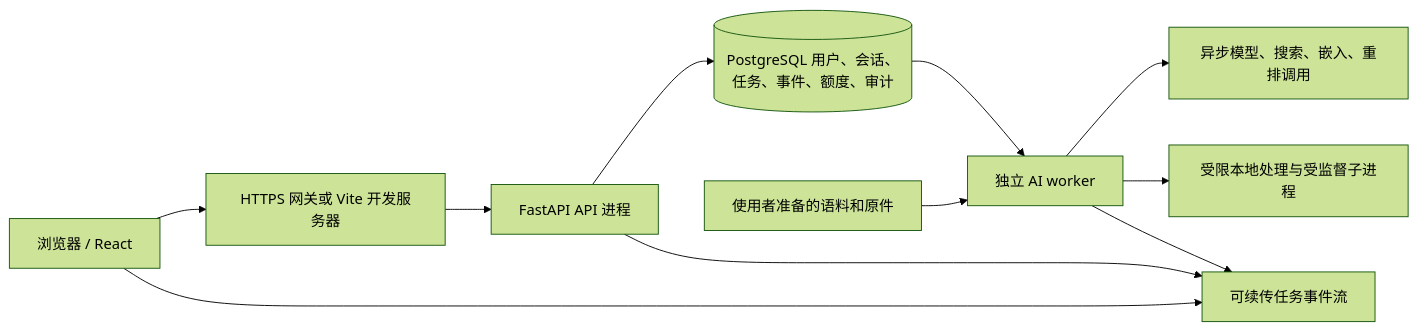
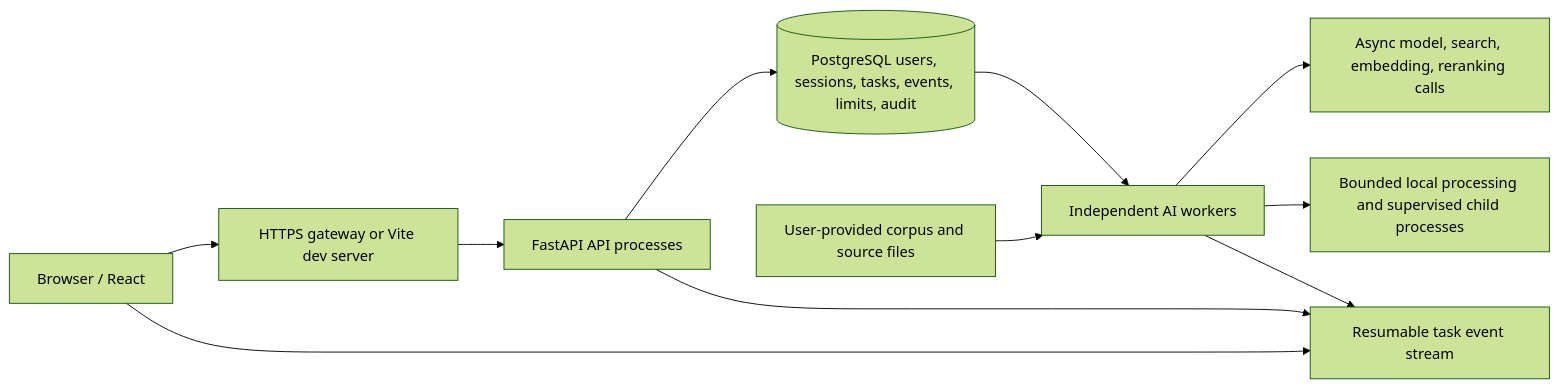
The diagram in docs/architecture.md (L1pp/rag-arch-demo), drawn with Mermaid (forest theme) before and after one commit. The commit also changed other lines of this file and 33 other files, not shown here.

```diff
--- a/docs/architecture.md
+++ b/docs/architecture.md
@@ -7,13 +7,13 @@
 ~~~~mermaid
 flowchart LR
-    U[浏览器 / React] --> G[HTTPS 网关或 Vite 开发服务器]
-    G --> A[FastAPI API 进程]
-    A --> D[(PostgreSQL 用户、会话、任务、事件、额度、审计)]
-    D --> W[独立 AI worker]
-    W --> M[异步模型、搜索、嵌入、重排调用]
-    W --> L[受限本地处理与受监督子进程]
-    U --> E[可续传任务事件流]
+    U[Browser / React] --> G[HTTPS gateway or Vite dev server]
+    G --> A[FastAPI API processes]
+    A --> D[(PostgreSQL users, sessions, tasks, events, limits, audit)]
+    D --> W[Independent AI workers]
+    W --> M[Async model, search, embedding, reranking calls]
+    W --> L[Bounded local processing and supervised child processes]
+    U --> E[Resumable task event stream]
     A --> E
     W --> E
-    C[使用者准备的语料和原件] --> W
+    C[User-provided corpus and source files] --> W
 ~~~~
```
